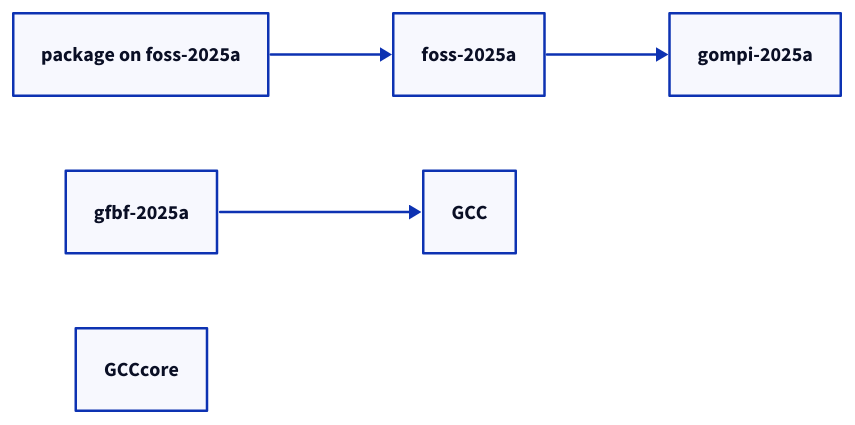
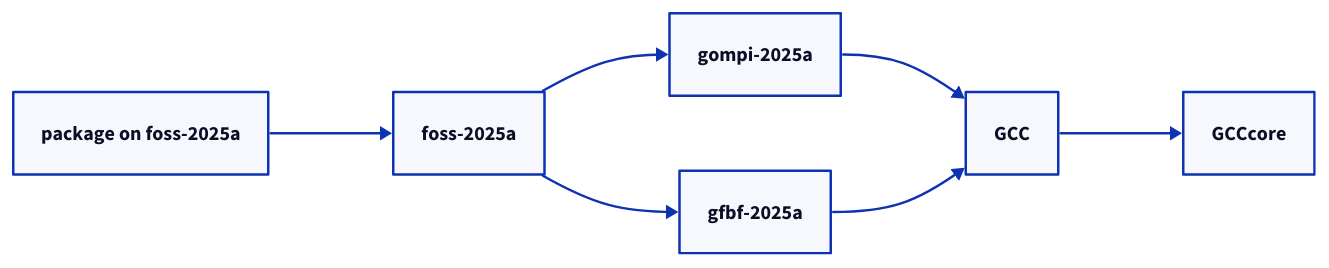
One commit to HaoZeke/what-easybuild-is-doing changed the diagram in source/_static/diagrams/02-a-toolchain-is-a-hierarchy-2.d2. Above: the diagram before and after it, drawn with D2. The commit also changed 15 other files, not shown here.

```diff
--- a/source/_static/diagrams/02-a-toolchain-is-a-hierarchy-2.d2
+++ b/source/_static/diagrams/02-a-toolchain-is-a-hierarchy-2.d2
@@ -1,10 +1,13 @@
 direction: right
-n0: "package on foss-2025a"
-n1: "foss-2025a"
-n2: "gompi-2025a"
-n3: "gfbf-2025a"
-n4: "GCC"
-n5: "GCCcore"
-n0 -> n1
-n1 -> n2
-n3 -> n4
+pkg: "package on foss-2025a"
+foss: "foss-2025a"
+gompi: "gompi-2025a"
+gfbf: "gfbf-2025a"
+gcc: "GCC"
+gcccore: "GCCcore"
+pkg -> foss
+foss -> gompi
+foss -> gfbf
+gompi -> gcc
+gfbf -> gcc
+gcc -> gcccore
```
